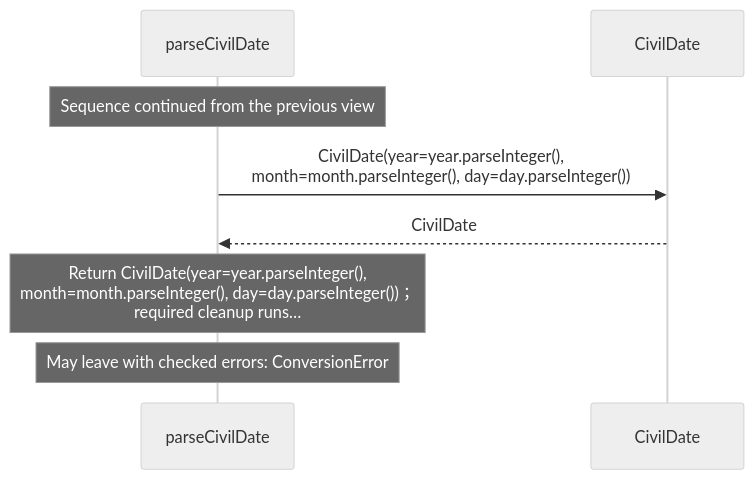
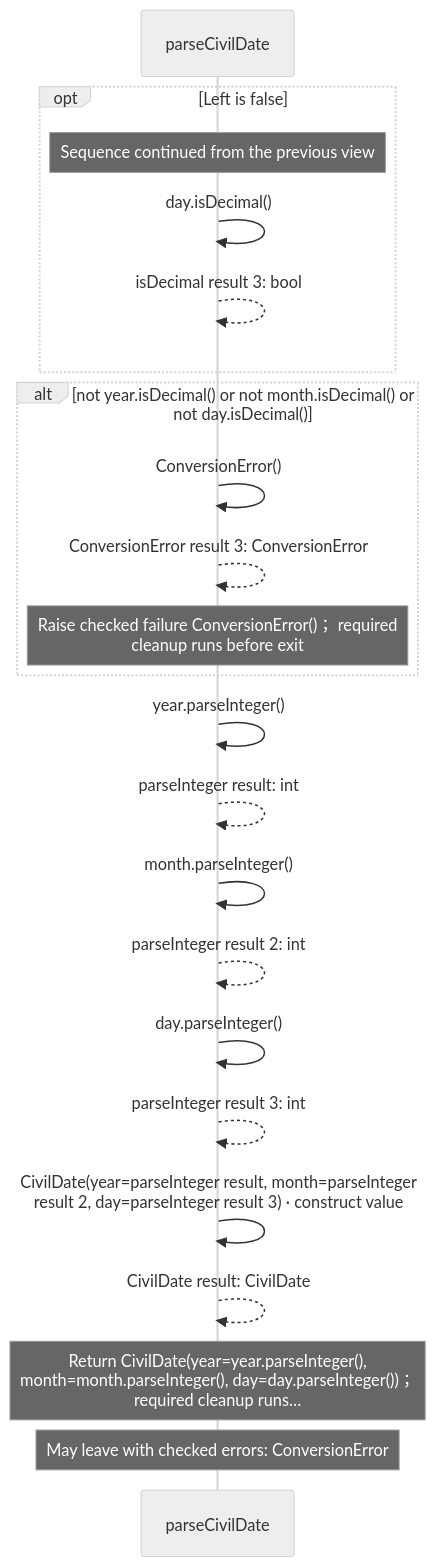
The fifth of 8 diagrams in src/stdlib/values/dates.aug.diagrams.md (GreenPandaStudios/augscript), drawn with Mermaid (neutral theme) before and after one commit. The commit also changed other lines of this file and 304 other files, not shown here.

Commit message:
Make generated data-flow sequences concise and review every diagram

````diff
--- a/src/stdlib/values/dates.aug.diagrams.md
+++ b/src/stdlib/values/dates.aug.diagrams.md
@@ -148,10 +117,25 @@
 ```mermaid
 sequenceDiagram
     participant p0 as parseCivilDate
-    participant p1 as CivilDate
+
+    opt Left is false
     Note over p0: Sequence continued from the previous view
-    p0->>p1: CivilDate(year=year.parseInteger(),<br/>month=month.parseInteger(), day=day.parseInteger())
-    p1-->>p0: CivilDate
+    p0->>p0: day.isDecimal()
+    p0-->>p0: isDecimal result 3: bool
+    end
+    alt not year.isDecimal() or not month.isDecimal() or not day.isDecimal()
+    p0->>p0: ConversionError()
+    p0-->>p0: ConversionError result 3: ConversionError
+    Note over p0: Raise checked failure ConversionError()； required<br/>cleanup runs before exit
+    end
+    p0->>p0: year.parseInteger()
+    p0-->>p0: parseInteger result: int
+    p0->>p0: month.parseInteger()
+    p0-->>p0: parseInteger result 2: int
+    p0->>p0: day.parseInteger()
+    p0-->>p0: parseInteger result 3: int
+    p0->>p0: CivilDate(year=parseInteger result, month=parseInteger<br/>result 2, day=parseInteger result 3) · construct value
+    p0-->>p0: CivilDate result: CivilDate
     Note over p0: Return CivilDate(year=year.parseInteger(),<br/>month=month.parseInteger(), day=day.parseInteger())；<br/>required cleanup runs…
     Note over p0: May leave with checked errors: ConversionError
 ```
````
